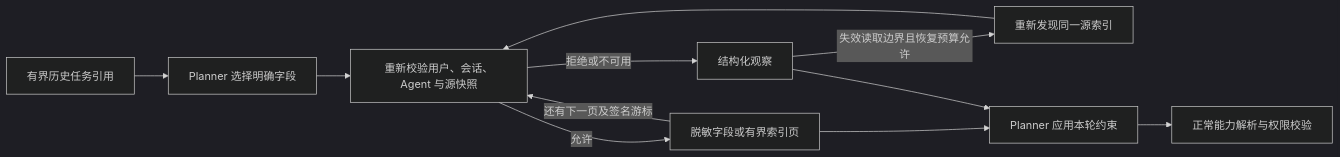
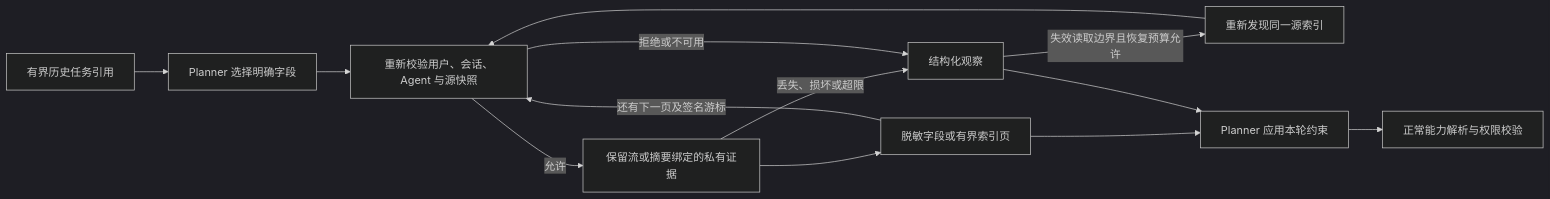
One commit to MatrixCoreX/RustClaw changed the first of 5 diagrams in docs/architecture/03-task-state-context.zh-CN.md. Above: the diagram before and after it, drawn with Mermaid (dark theme). The commit also changed other lines of this file and 50 other files, not shown here.

````diff
--- a/docs/architecture/03-task-state-context.zh-CN.md
+++ b/docs/architecture/03-task-state-context.zh-CN.md
@@ -60,13 +67,15 @@
 ```mermaid
 flowchart LR
     A[有界历史任务引用] --> B[Planner 选择明确字段]
     B --> C[重新校验用户、会话、Agent 与源快照]
-    C -->|允许| D[脱敏字段或有界索引页]
+    C -->|允许| S[保留流或摘要绑定的私有证据]
+    S --> D[脱敏字段或有界索引页]
+    S -->|丢失、损坏或超限| E
     D -->|还有下一页及签名游标| C
     C -->|拒绝或不可用| E[结构化观察]
     E -->|失效读取边界且恢复预算允许| R[重新发现同一源索引]
     R --> C
     D --> F[Planner 应用本轮约束]
     F --> G[正常能力解析与权限校验]
     E --> F
 ```
````
